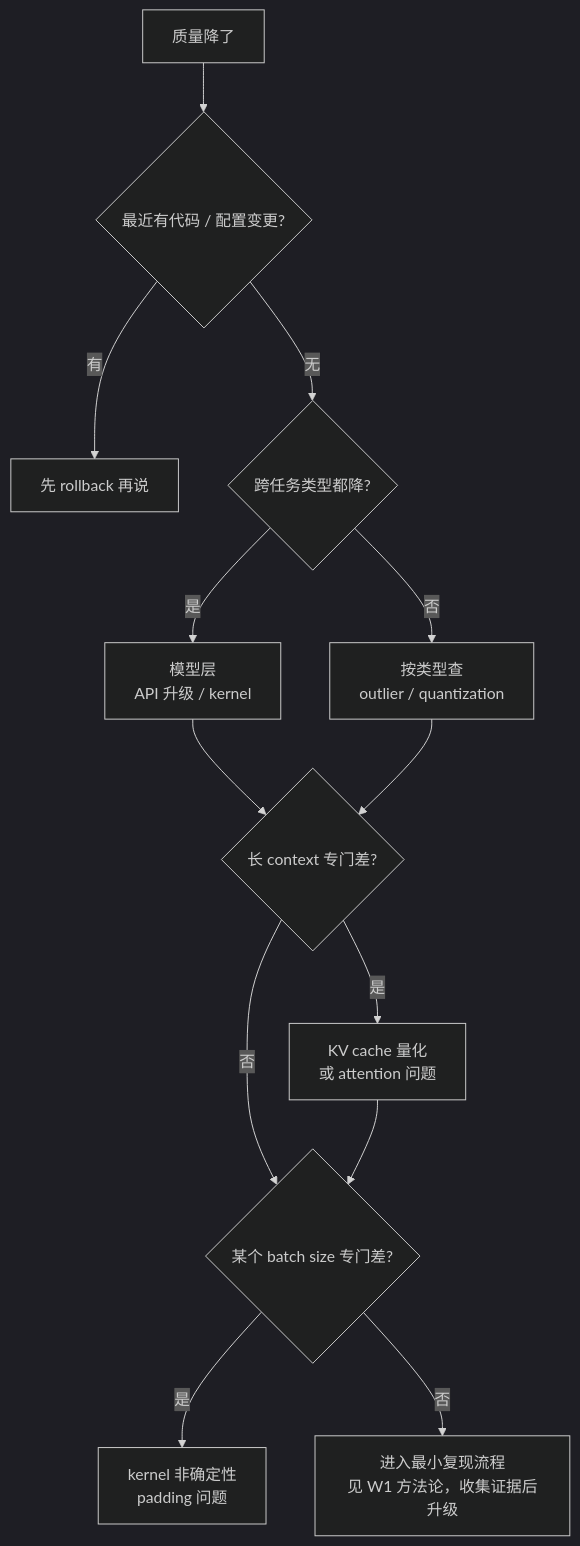
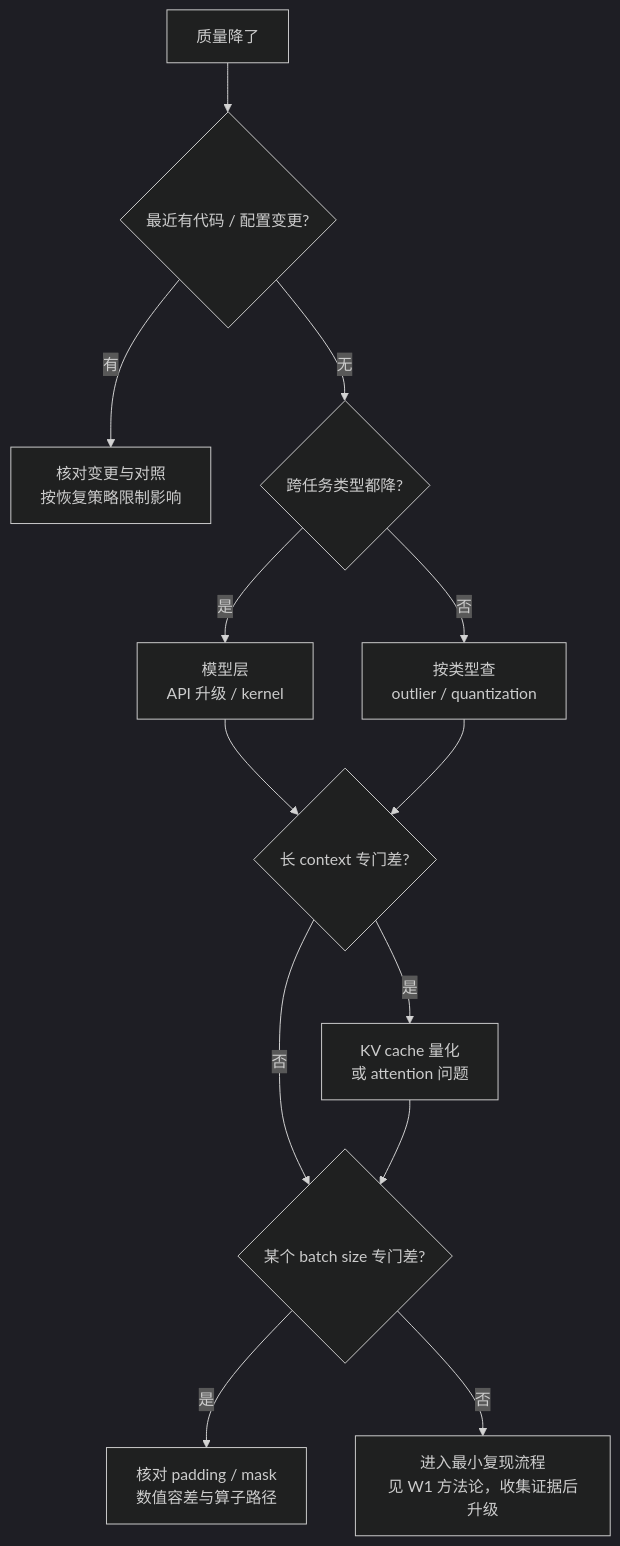
Before and after one commit to oh-my-vibe-coding/ai-reliability-architecture: the diagram in 练习/Unit5-数值与编译器级调试/Week2-Runbook产出.md, drawn with Mermaid (dark theme). The commit also changed other lines of this file and 67 other files, not shown here.

````diff
--- a/练习/Unit5-数值与编译器级调试/Week2-Runbook产出.md
+++ b/练习/Unit5-数值与编译器级调试/Week2-Runbook产出.md
@@ -52,15 +52,15 @@
 ```mermaid
 flowchart TD
     A[质量降了] --> B{最近有代码 / 配置变更?}
-    B -->|有| R[先 rollback 再说]
+    B -->|有| R[核对变更与对照<br/>按恢复策略限制影响]
     B -->|无| C{跨任务类型都降?}
     C -->|是| X1[模型层<br/>API 升级 / kernel]
     C -->|否| X2[按类型查<br/>outlier / quantization]
     X1 --> D{长 context 专门差?}
     X2 --> D
     D -->|是| X3[KV cache 量化<br/>或 attention 问题]
     D -->|否| E{某个 batch size 专门差?}
     X3 --> E
-    E -->|是| X4[kernel 非确定性<br/>padding 问题]
+    E -->|是| X4[核对 padding / mask<br/>数值容差与算子路径]
     E -->|否| X5[进入最小复现流程<br/>见 W1 方法论，收集证据后升级]
 ```
````
